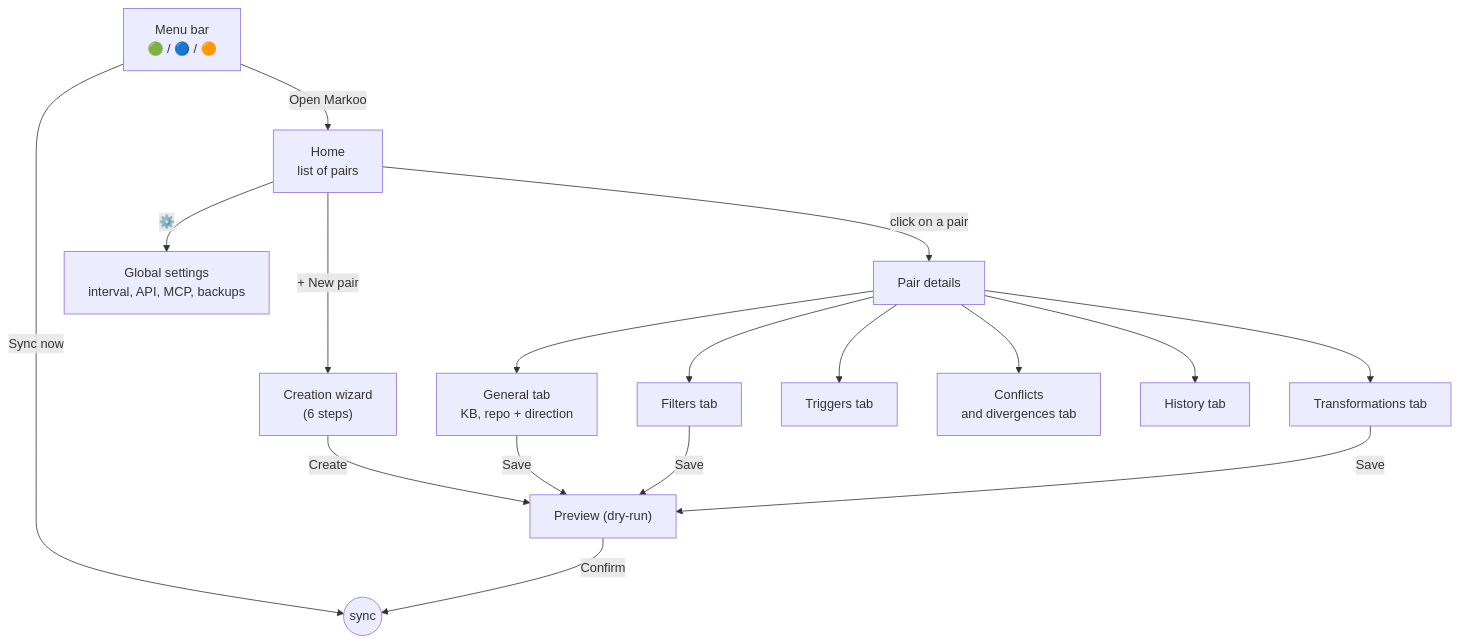
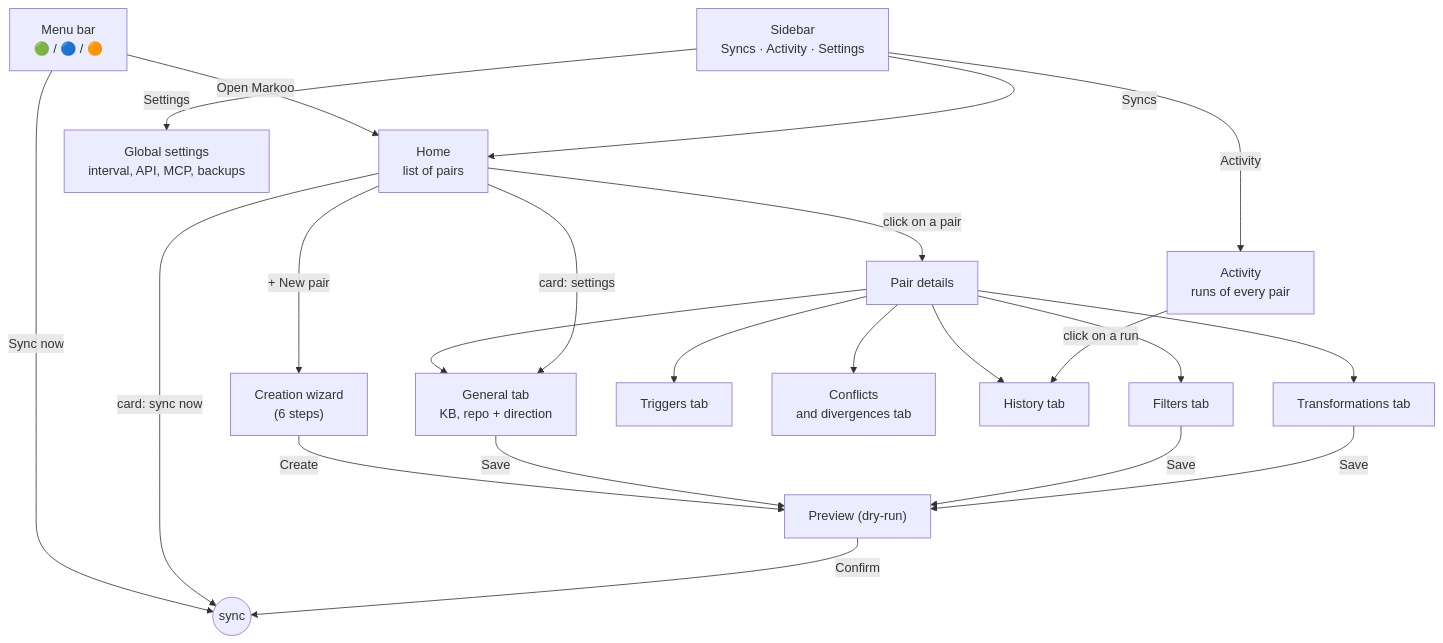
One commit to studoo-app/markoo changed the second of 4 diagrams in documentation/en/08-configuration-ui.md. Above: the diagram before and after it, drawn with Mermaid. The commit also changed other lines of this file and 5 other files, not shown here.

Commit message:
docs: describe the sidebar, the sync cards and the Activity view

````diff
--- a/documentation/en/08-configuration-ui.md
+++ b/documentation/en/08-configuration-ui.md
@@ -43,17 +43,22 @@
 ```mermaid
 flowchart TD
     MB["Menu bar<br/>🟢 / 🔵 / 🟠"] -->|Open Markoo| HOME
     MB -->|Sync now| SYNC((sync))
     HOME["Home<br/>list of pairs"] -->|+ New pair| WIZ["Creation wizard<br/>(6 steps)"]
     HOME -->|click on a pair| PAIR["Pair details"]
     PAIR --> T1["General tab<br/>KB, repo + direction"]
     PAIR --> T2["Filters tab"]
     PAIR --> T3["Transformations tab"]
     PAIR --> T4["Triggers tab"]
     PAIR --> T5["Conflicts<br/>and divergences tab"]
     PAIR --> T6["History tab"]
-    HOME -->|⚙️| GLOB["Global settings<br/>interval, API, MCP, backups"]
+    SIDE["Sidebar<br/>Syncs · Activity · Settings"] -->|Syncs| HOME
+    SIDE -->|Activity| ACT["Activity<br/>runs of every pair"]
+    ACT -->|click on a run| T6
+    SIDE -->|Settings| GLOB["Global settings<br/>interval, API, MCP, backups"]
+    HOME -->|card: settings| T1
+    HOME -->|card: sync now| SYNC
     WIZ -->|Create| PREV["Preview (dry-run)"]
     T1 & T2 & T3 -->|Save| PREV
     PREV -->|Confirm| SYNC
 ```
````
